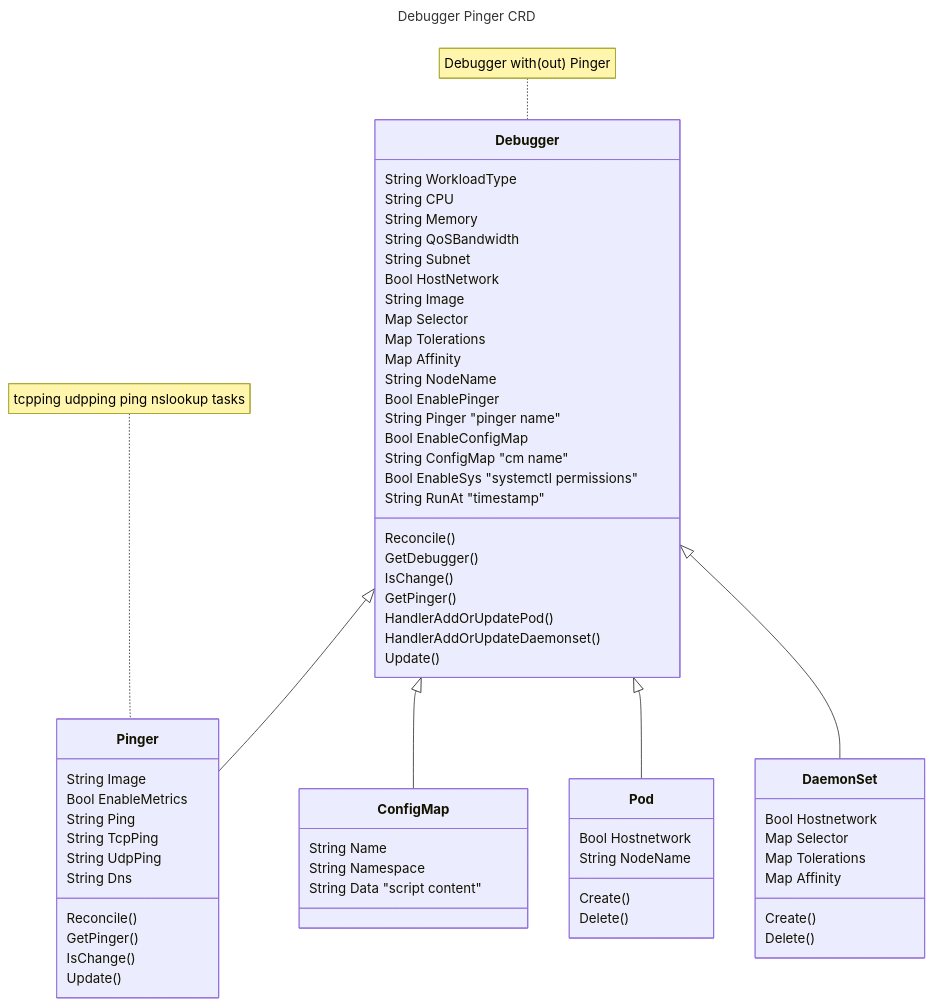
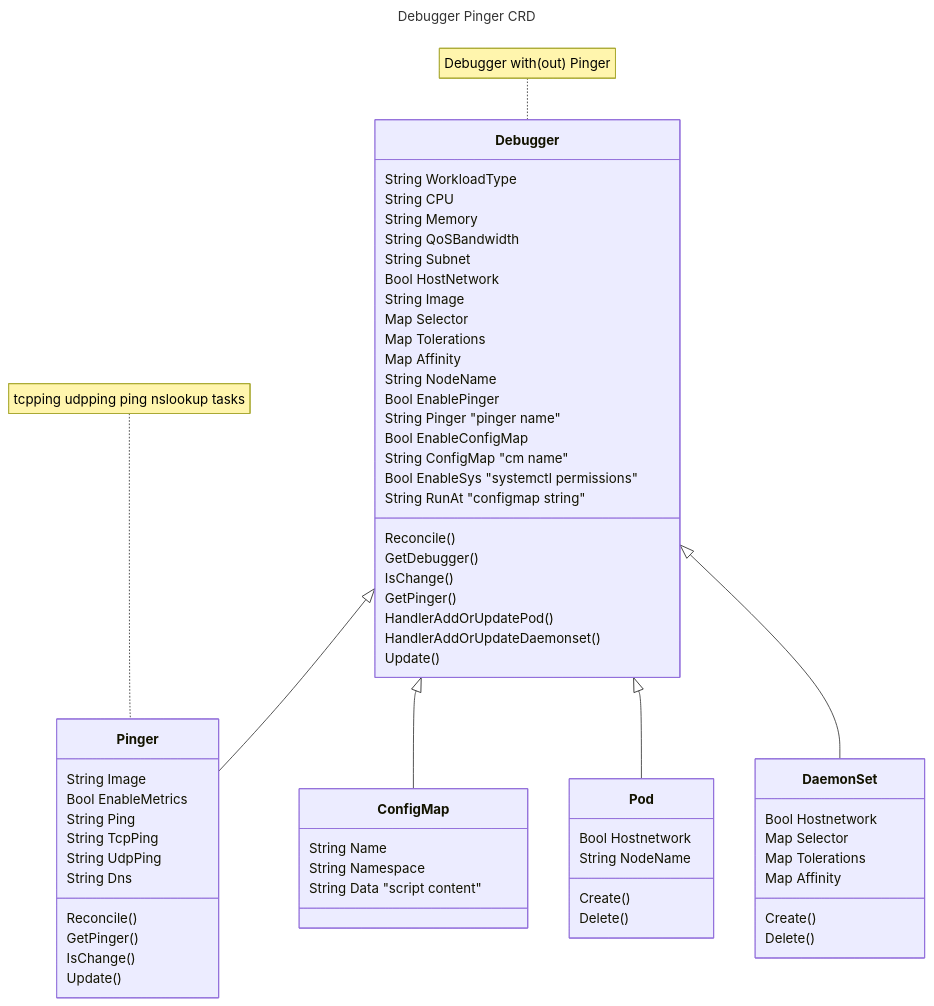
Before and after one commit to kubecombo/kube-combo: the first of 3 diagrams in docs/debugger-pinger.md, drawn with Mermaid. The commit also changed other lines of this file, not shown here.

````diff
--- a/docs/debugger-pinger.md
+++ b/docs/debugger-pinger.md
@@ -5,78 +5,78 @@
 ```mermaid
 ---
 title: Debugger Pinger CRD
 ---
 classDiagram
     note for Debugger "Debugger with(out) Pinger"
     Debugger <|-- Pinger
     Debugger <|-- ConfigMap
     note for Pinger "tcpping udpping ping nslookup tasks"
     Debugger <|-- Pod
     Debugger <|-- DaemonSet
 
     class Debugger {
         String WorkloadType
         String CPU
         String Memory
         String QoSBandwidth
         String Subnet
         Bool HostNetwork
         String Image
         Map Selector
         Map Tolerations
         Map Affinity
         String NodeName
         Bool EnablePinger
         String Pinger "pinger name"
         Bool EnableConfigMap
         String ConfigMap "cm name"
         Bool EnableSys "systemctl permissions"
-        String RunAt "timestamp"
+        String RunAt "configmap string"
 
         Reconcile()
         GetDebugger()
         IsChange()
         GetPinger()
         HandlerAddOrUpdatePod()
         HandlerAddOrUpdateDaemonset()
         Update()
     }
 
    class ConfigMap {
         String Name
         String Namespace
         String Data "script content"
    }
 
    class Pinger {
         String Image
         Bool EnableMetrics
         String Ping
         String TcpPing
         String UdpPing
         String Dns
 
         Reconcile()
         GetPinger()
         IsChange()
         Update()
     }
 
    class Pod {
         Bool Hostnetwork
         String NodeName
 
         Create()
         Delete()
     }
 
    class DaemonSet {
      Bool Hostnetwork
      Map Selector
      Map Tolerations
      Map Affinity
 
      Create()
      Delete()
     }
 ```
````
